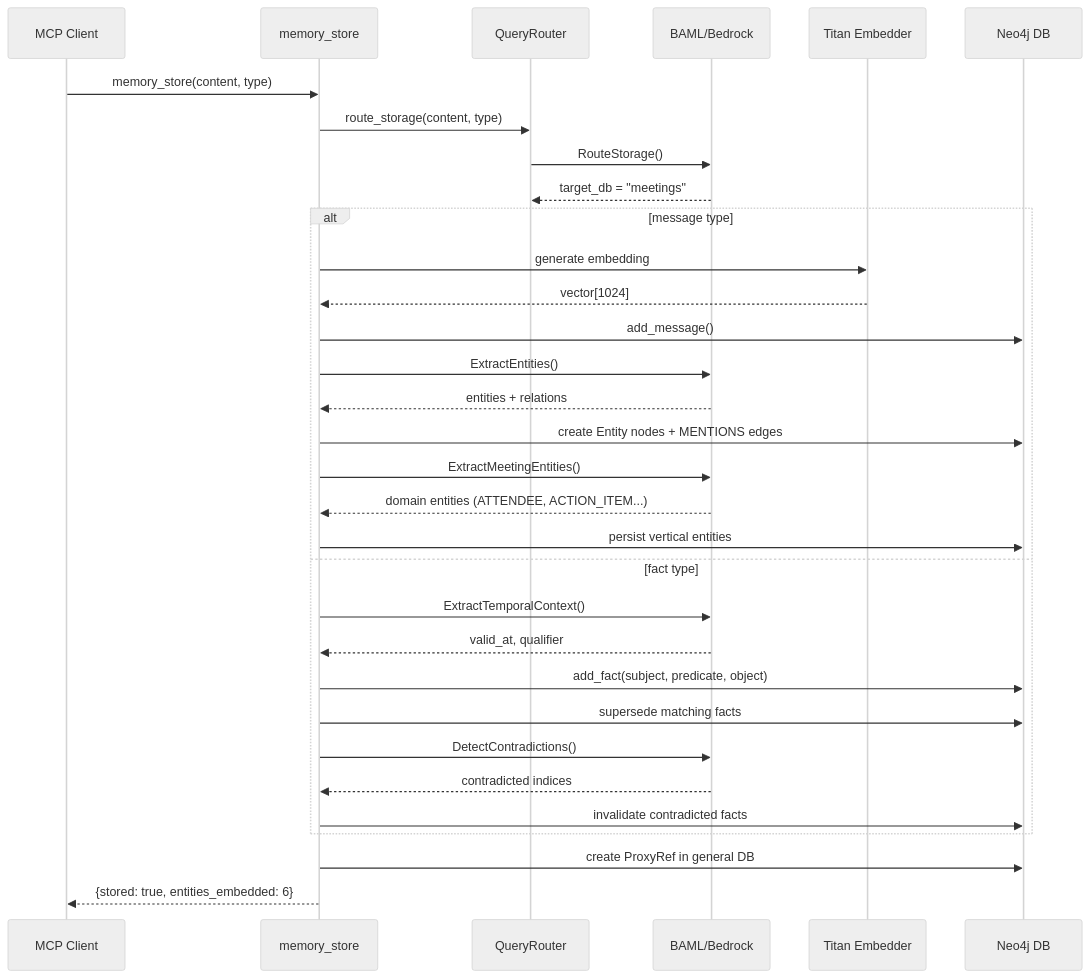
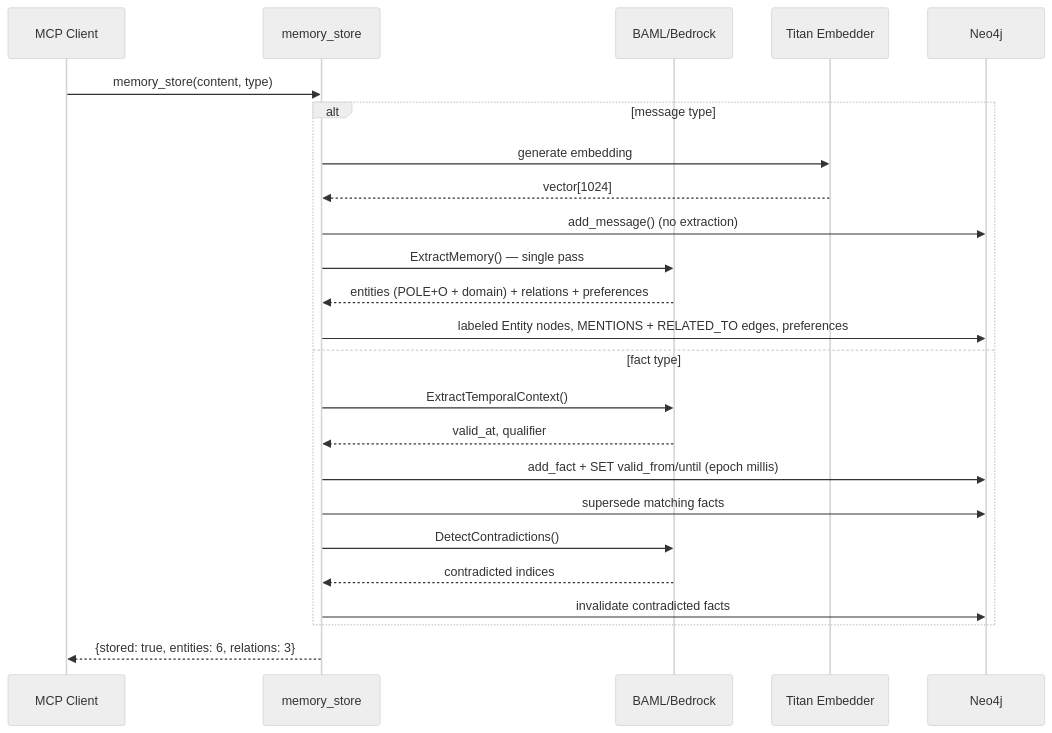
The second of 7 diagrams in README.md (MuddyBootsCode/neo4j-agent-memory-mcp), drawn with Mermaid (neutral theme) before and after one commit. The commit also changed other lines of this file and 2 other files, not shown here.

First line of the commit message:
docs: rewrite README for single-graph architecture; note upgrade status

````diff
--- a/README.md
+++ b/README.md
@@ -55,37 +46,29 @@
 ```mermaid
 sequenceDiagram
     participant Client as MCP Client
     participant Store as memory_store
-    participant Router as QueryRouter
     participant BAML as BAML/Bedrock
     participant Embed as Titan Embedder
-    participant Neo4j as Neo4j DB
+    participant Neo4j as Neo4j
 
     Client->>Store: memory_store(content, type)
-    Store->>Router: route_storage(content, type)
-    Router->>BAML: RouteStorage()
-    BAML-->>Router: target_db = "meetings"
-    
+
     alt message type
         Store->>Embed: generate embedding
         Embed-->>Store: vector[1024]
-        Store->>Neo4j: add_message()
-        Store->>BAML: ExtractEntities()
-        BAML-->>Store: entities + relations
-        Store->>Neo4j: create Entity nodes + MENTIONS edges
-        Store->>BAML: ExtractMeetingEntities()
-        BAML-->>Store: domain entities (ATTENDEE, ACTION_ITEM...)
-        Store->>Neo4j: persist vertical entities
+        Store->>Neo4j: add_message() (no extraction)
+        Store->>BAML: ExtractMemory() — single pass
+        BAML-->>Store: entities (POLE+O + domain) + relations + preferences
+        Store->>Neo4j: labeled Entity nodes, MENTIONS + RELATED_TO edges, preferences
     else fact type
         Store->>BAML: ExtractTemporalContext()
         BAML-->>Store: valid_at, qualifier
-        Store->>Neo4j: add_fact(subject, predicate, object)
+        Store->>Neo4j: add_fact + SET valid_from/until (epoch millis)
         Store->>Neo4j: supersede matching facts
         Store->>BAML: DetectContradictions()
         BAML-->>Store: contradicted indices
         Store->>Neo4j: invalidate contradicted facts
     end
 
-    Store->>Neo4j: create ProxyRef in general DB
-    Store-->>Client: {stored: true, entities_embedded: 6}
+    Store-->>Client: {stored: true, entities: 6, relations: 3}
 ```
````
